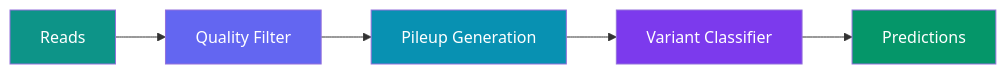
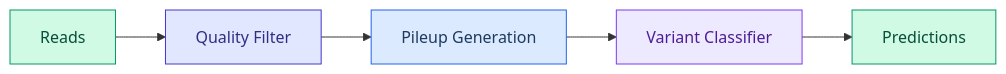
The diagram in docs/user-guide/pipelines/variant-calling.md (avitai/DiffBio), drawn with Mermaid before and after one commit. The commit also changed 124 other files, not shown here.

````diff
--- a/docs/user-guide/pipelines/variant-calling.md
+++ b/docs/user-guide/pipelines/variant-calling.md
@@ -9,13 +9,13 @@
 ```mermaid
 graph LR
     A[Reads] --> B[Quality Filter]
     B --> C[Pileup Generation]
     C --> D[Variant Classifier]
     D --> E[Predictions]
 
-    style A fill:#0d9488,color:#fff
-    style B fill:#6366f1,color:#fff
-    style C fill:#0891b2,color:#fff
-    style D fill:#7c3aed,color:#fff
-    style E fill:#059669,color:#fff
+    style A fill:#d1fae5,stroke:#059669,color:#064e3b
+    style B fill:#e0e7ff,stroke:#4338ca,color:#312e81
+    style C fill:#dbeafe,stroke:#2563eb,color:#1e3a5f
+    style D fill:#ede9fe,stroke:#7c3aed,color:#4c1d95
+    style E fill:#d1fae5,stroke:#059669,color:#064e3b
 ```
````
